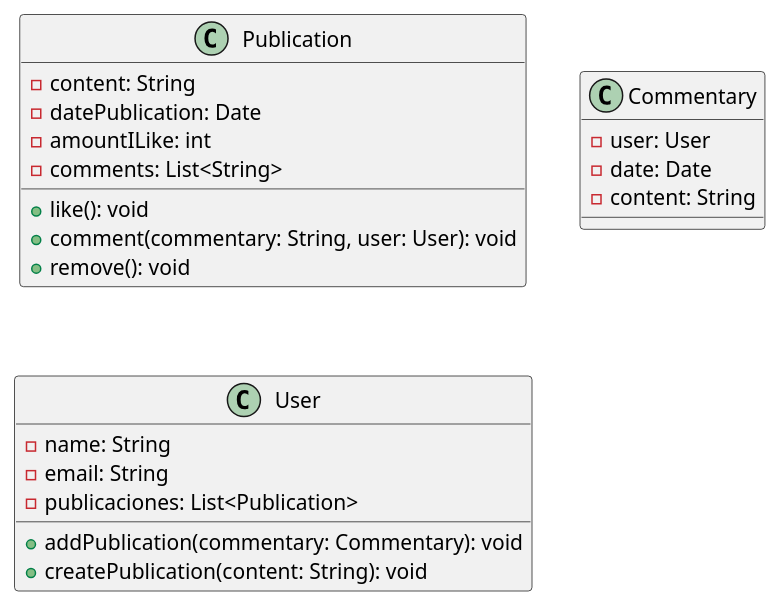
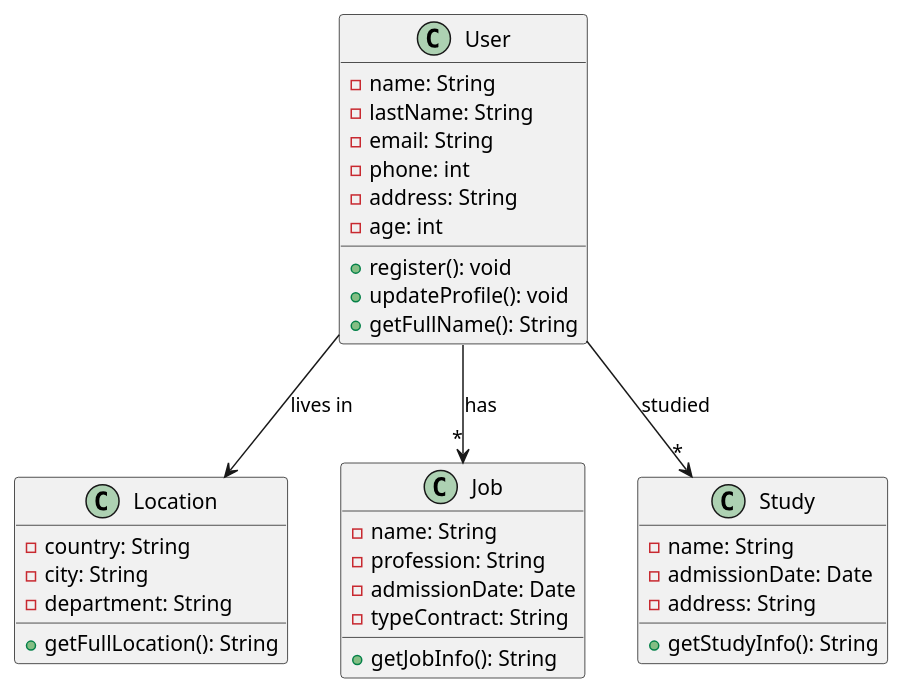
The diagram in src/Diagram.wsd (DJAngel973/Starting-Java), drawn with PlantUML before and after one commit. The commit also changed other lines of this file, not shown here.

Commit message:
docs(Diagram): Example basic diagram

```diff
--- a/src/Diagram.wsd
+++ b/src/Diagram.wsd
@@ -2,31 +3,45 @@
 @startuml
-
-class Publication {
-    -content: String
-    -datePublication: Date
-    -amountILike: int
-    -comments: List<String>
-
-    +like(): void
-    +comment(commentary: String, user: User): void
-    +remove(): void
-}
-
-class Commentary {
-    -user: User
-    -date: Date
-    -content: String
-
-}
 
 class User {
     -name: String
+    -lastName: String
     -email: String
-    -publicaciones: List<Publication>
+    -phone: int
+    -address: String
+    -age: int
 
-    +addPublication(commentary: Commentary): void
-    +createPublication(content: String): void
-
+    +register(): void
+    +updateProfile(): void
+    +getFullName(): String
 }
 
+class Location {
+    -country: String
+    -city: String
+    -department: String
+
+    +getFullLocation(): String
+}
+
+class Job {
+    -name: String
+    -profession: String
+    -admissionDate: Date
+    -typeContract: String
+
+    +getJobInfo(): String
+}
+
+class Study {
+    -name: String
+    -admissionDate: Date
+    -address: String
+
+    +getStudyInfo(): String
+}
+
+User --> Location : lives in
+User --> "*" Job : has
+User --> "*" Study : studied
+
 @enduml
```
